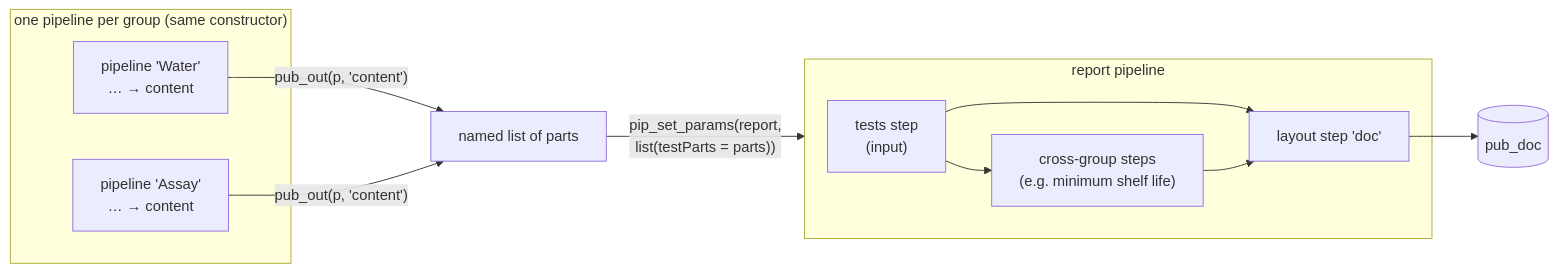
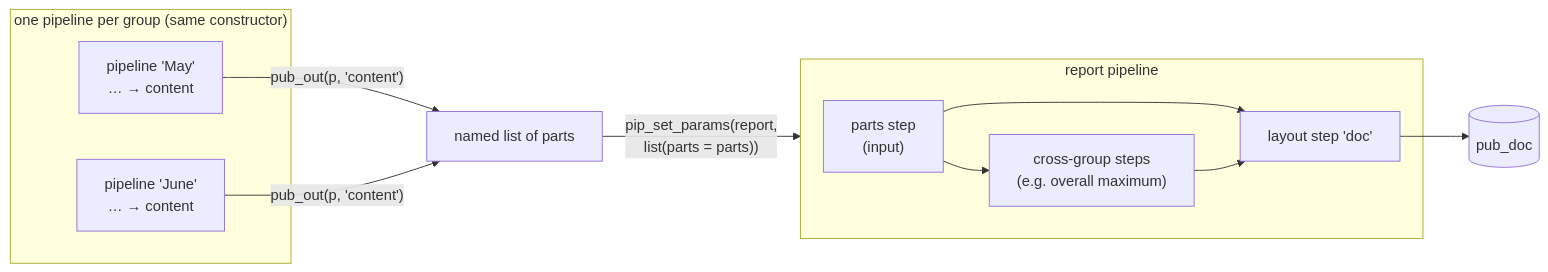
Before and after one commit to rpahl/pubflow: the seventh of 12 diagrams in dev/ARCHITECTURE.md, drawn with Mermaid. The commit also changed other lines of this file and 28 other files, not shown here.

````diff
--- a/dev/ARCHITECTURE.md
+++ b/dev/ARCHITECTURE.md
@@ -391,16 +391,16 @@
 ```mermaid
 flowchart LR
     subgraph groups["one pipeline per group (same constructor)"]
-        g1["pipeline 'Water'<br/>… → content"]
-        g2["pipeline 'Assay'<br/>… → content"]
+        g1["pipeline 'May'<br/>… → content"]
+        g2["pipeline 'June'<br/>… → content"]
     end
     g1 -- "pub_out(p, 'content')" --> parts["named list of parts"]
     g2 -- "pub_out(p, 'content')" --> parts
-    parts -- "pip_set_params(report,<br/>list(testParts = parts))" --> rp
+    parts -- "pip_set_params(report,<br/>list(parts = parts))" --> rp
     subgraph rp["report pipeline"]
-        t["tests step<br/>(input)"] --> x["cross-group steps<br/>(e.g. minimum shelf life)"]
+        t["parts step<br/>(input)"] --> x["cross-group steps<br/>(e.g. overall maximum)"]
         t --> d["layout step 'doc'"]
         x --> d
     end
     d --> doc[("pub_doc")]
 ```
````
